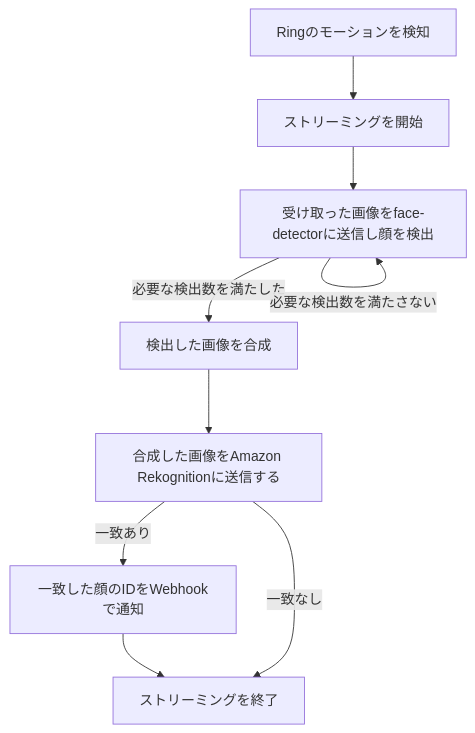
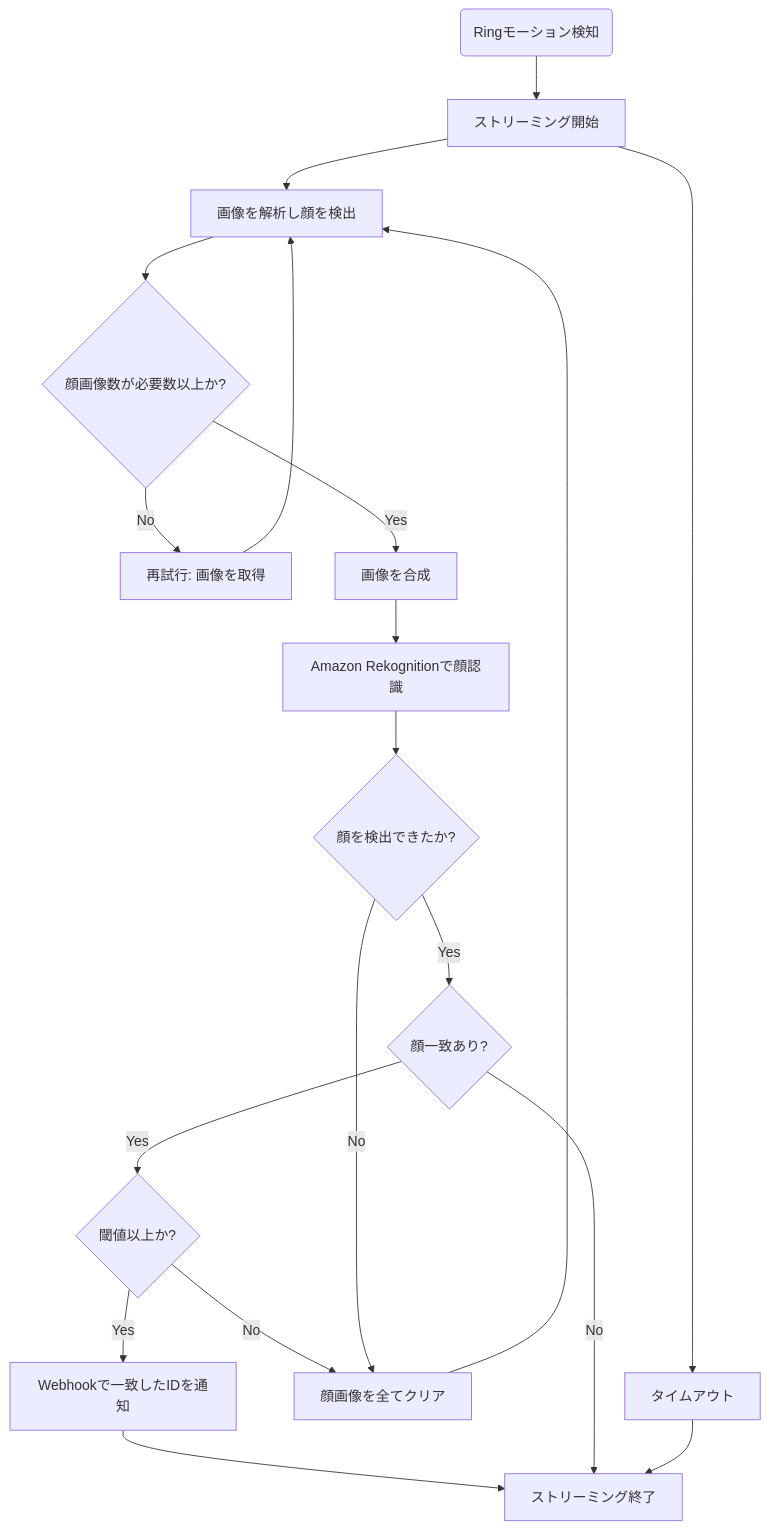
Before and after one commit to nana4rider/ring-face-recognition: the diagram in README.md, drawn with Mermaid. The commit also changed other lines of this file, not shown here.

````diff
--- a/README.md
+++ b/README.md
@@ -13,11 +13,29 @@
 ```mermaid
 graph TD
-    motion[Ringのモーションを検知] --> startStream[ストリーミングを開始]
-    startStream --> detectFace[受け取った画像をface-detectorに送信し顔を検出]
-    detectFace -->|必要な検出数を満たした| composeImages[検出した画像を合成]
-    detectFace -->|必要な検出数を満たさない| detectFace
-    composeImages --> recognizeFace[合成した画像をAmazon Rekognitionに送信する]
-    recognizeFace -->|一致あり| triggerWebhook[一致した顔のIDをWebhookで通知]
-    triggerWebhook -->stopStream
-    recognizeFace -->|一致なし| stopStream[ストリーミングを終了]
+    start(Ringモーション検知) --> startStream[ストリーミング開始]
+    startStream --> detectFace[画像を解析し顔を検出]
+
+    %% 必要な顔画像数に達するまでのループ
+    detectFace --> decision1{顔画像数が必要数以上か?}
+    decision1 -->|No| waitAndRetry[再試行: 画像を取得]
+    waitAndRetry --> detectFace
+    decision1 -->|Yes| composeImages[画像を合成]
+
+    %% Rekognitionと閾値チェック
+    composeImages --> sendToRekognition[Amazon Rekognitionで顔認識]
+    decision2 -->|Yes| checkThreshold{閾値以上か?}
+    checkThreshold -->|Yes| notifyWebhook[Webhookで一致したIDを通知]
+    notifyWebhook --> stopStream[ストリーミング終了]
+    checkThreshold -->|No| clearFace[顔画像を全てクリア]
+    clearFace --> detectFace
+    decision2 -->|No| stopStream
+
+    %% Rekognition失敗時の処理
+    sendToRekognition --> decision3{顔を検出できたか?}
+    decision3 -->|No| clearFace
+    decision3 -->|Yes| decision2{顔一致あり?}
+
+    %% タイムアウト処理
+    startStream --> timeout[タイムアウト]
+    timeout --> stopStream
 ```
````
